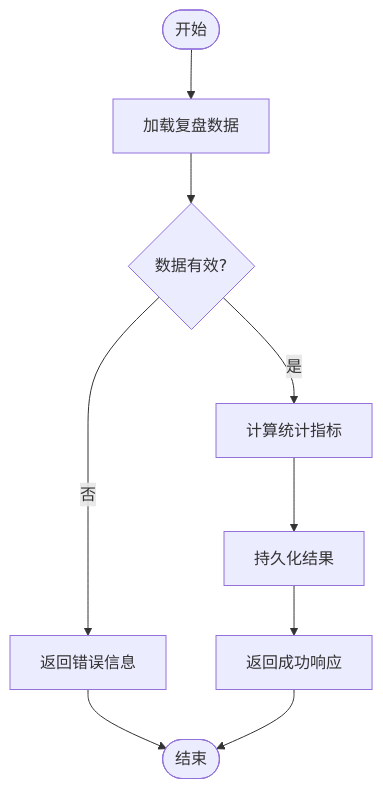
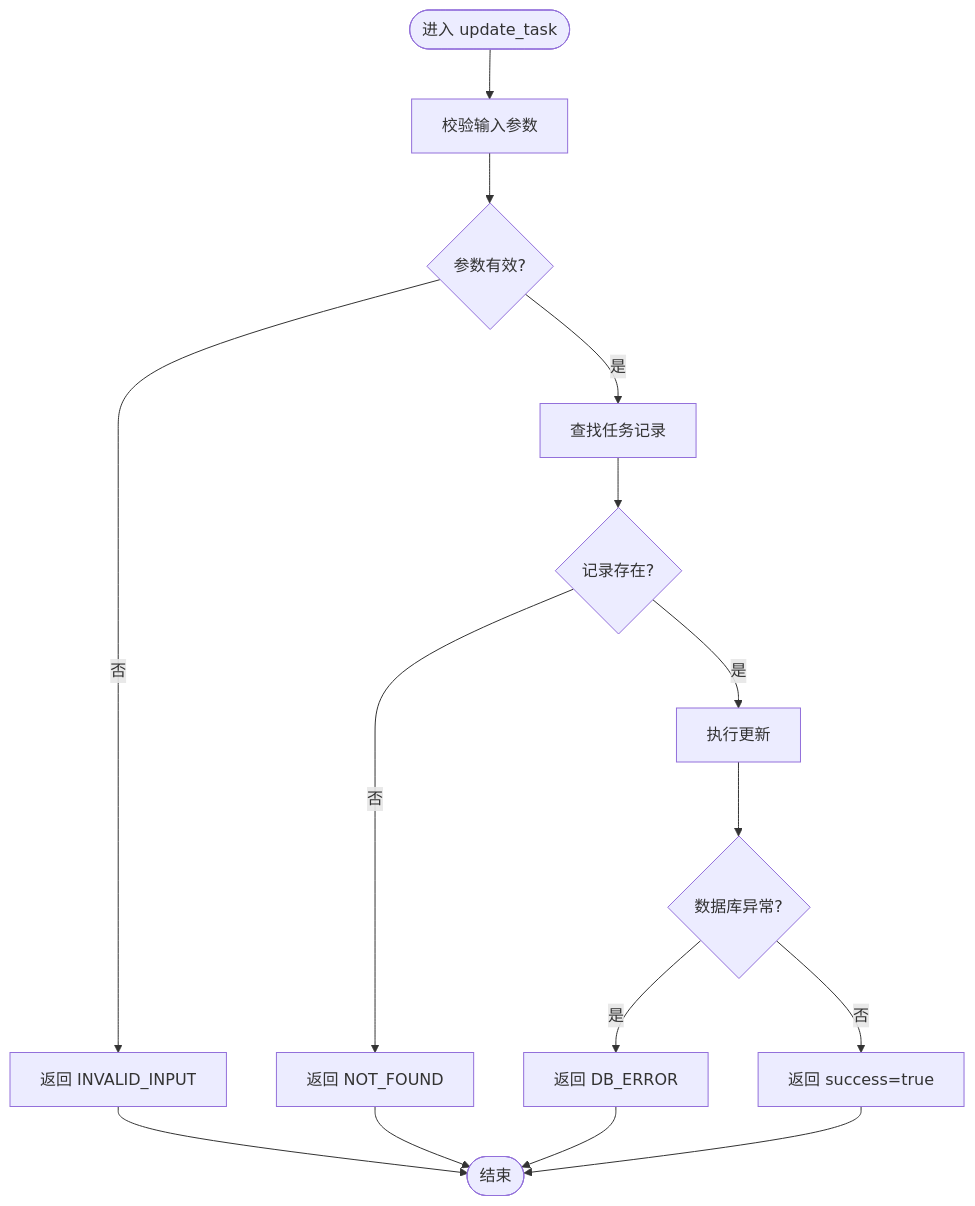
One commit to gzdxhujiale/FishWorker changed the fourth of 7 diagrams in .qoder/repowiki/zh/content/API 参考文档/API 参考文档.md. Above: the diagram before and after it, drawn with Mermaid. The commit also changed other lines of this file and 238 other files, not shown here.

````diff
--- a/.qoder/repowiki/zh/content/API 参考文档/API 参考文档.md
+++ b/.qoder/repowiki/zh/content/API 参考文档/API 参考文档.md
@@ -287,11 +340,17 @@
 ```mermaid
 flowchart TD
-Start(["开始"]) --> Load["加载复盘数据"]
-Load --> Validate{"数据有效?"}
-Validate --> |否| Error["返回错误信息"]
-Validate --> |是| Aggregate["计算统计指标"]
-Aggregate --> Persist["持久化结果"]
-Persist --> Success["返回成功响应"]
-Error --> End(["结束"])
+Start(["进入 update_task"]) --> Validate["校验输入参数"]
+Validate --> Valid{"参数有效?"}
+Valid --> |否| ErrInput["返回 INVALID_INPUT"]
+Valid --> |是| Find["查找任务记录"]
+Find --> Found{"记录存在?"}
+Found --> |否| ErrNotFound["返回 NOT_FOUND"]
+Found --> |是| Update["执行更新"]
+Update --> DBErr{"数据库异常?"}
+DBErr --> |是| ErrDB["返回 DB_ERROR"]
+DBErr --> |否| Success["返回 success=true"]
+ErrInput --> End(["结束"])
+ErrNotFound --> End
+ErrDB --> End
 Success --> End
 ```
````
